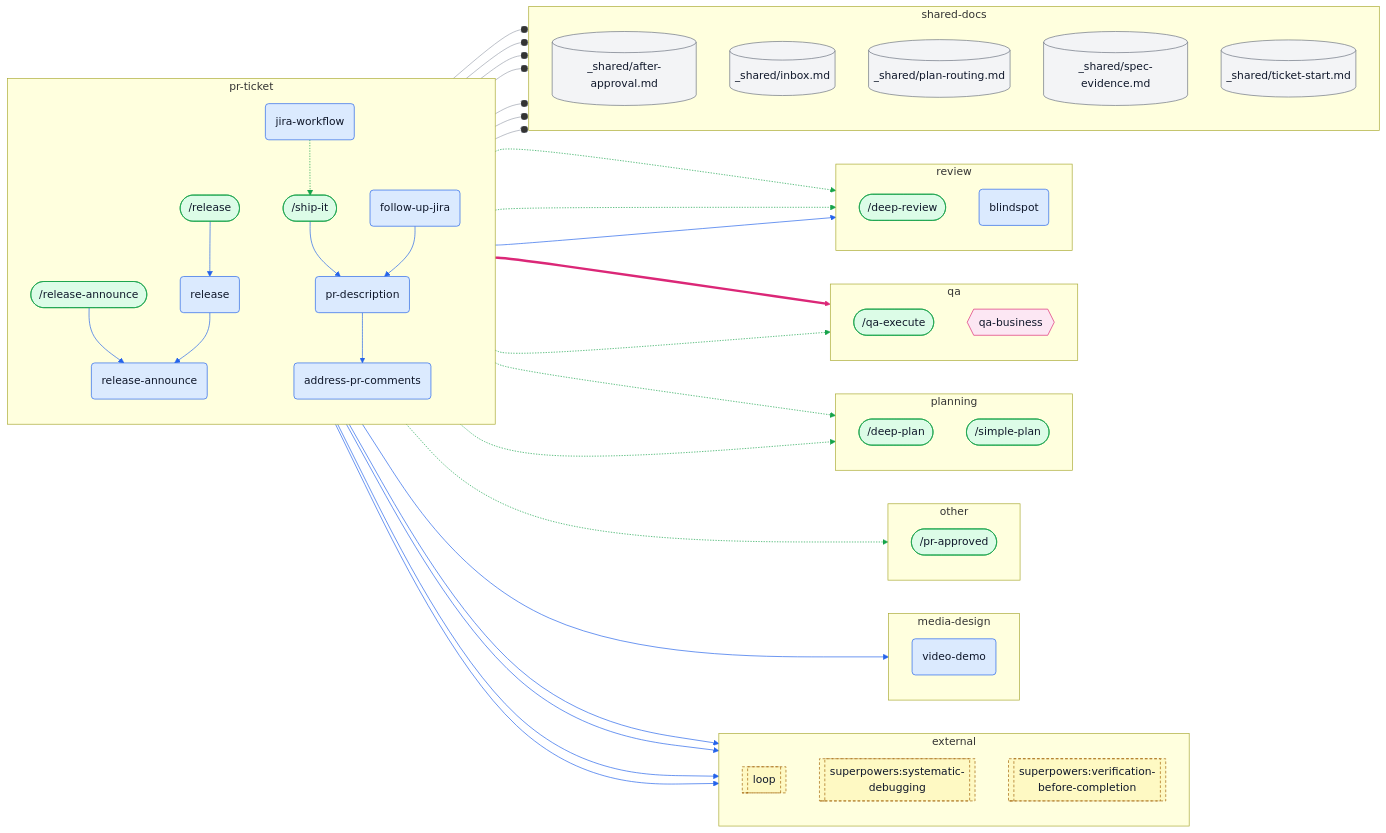
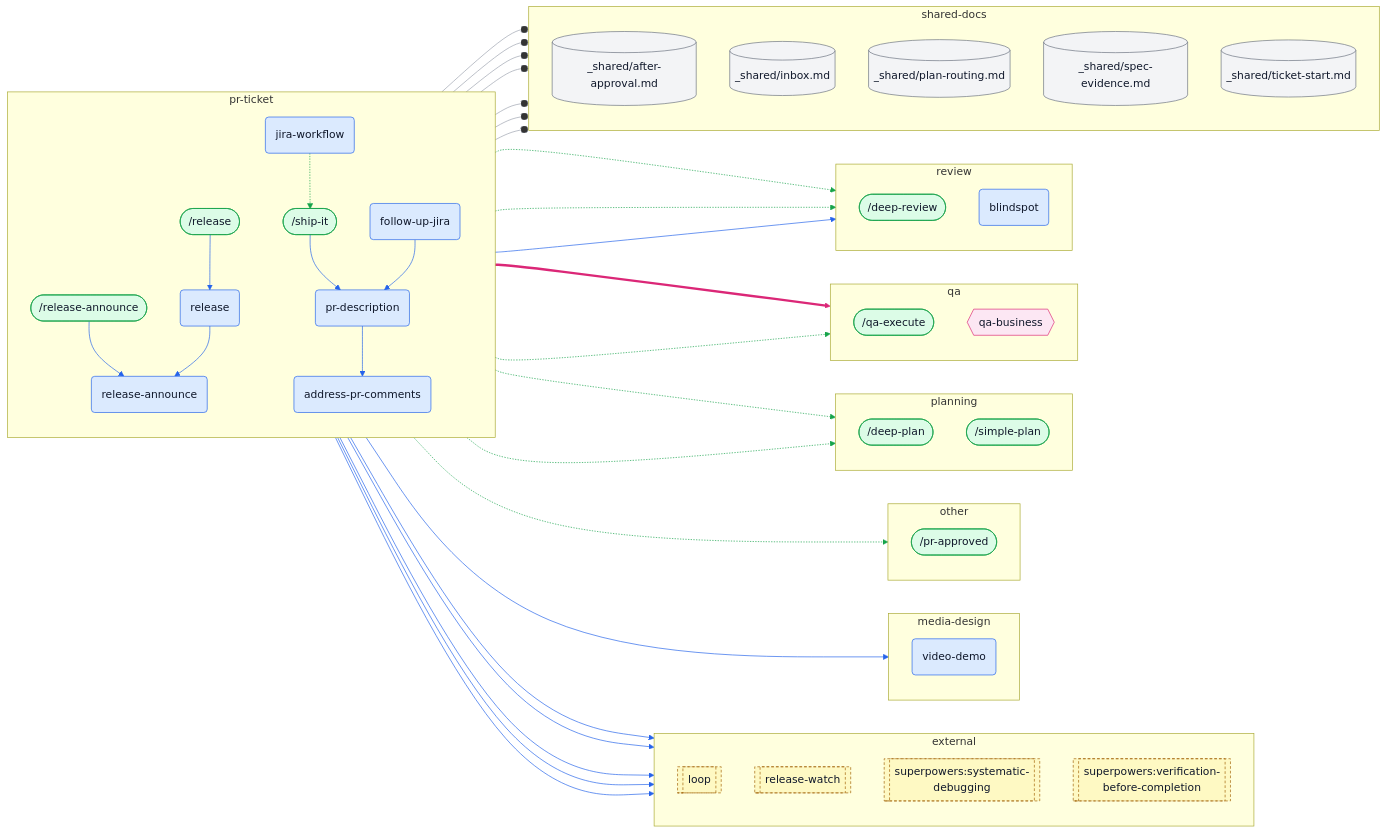
The fifth of 10 diagrams in docs/skills-map.md (ybarsotti/dotfiles), drawn with Mermaid before and after one commit. The commit also changed other lines of this file and 4 other files, not shown here.

First line of the commit message:
feat(skills): add release-watch for the hours after a release

```diff
--- a/docs/skills-map.md
+++ b/docs/skills-map.md
@@ -574,6 +574,7 @@
   subgraph cl_external["external"]
     direction TB
     x_loop[["loop"]]:::external
+    x_release_watch[["release-watch"]]:::external
     x_superpowers_systematic_debugging[["superpowers:systematic-debugging"]]:::external
     x_superpowers_verification_before_completion[["superpowers:verification-before-completion"]]:::external
   end
@@ -646,6 +647,7 @@
   s_pr_description --> x_loop
   s_pr_description --> x_superpowers_systematic_debugging
   s_release --> s_release_announce
+  s_release --> x_release_watch
   s_release_announce --o d_inbox
   linkStyle 0 stroke:#2563eb
   linkStyle 1 stroke:#2563eb
@@ -673,7 +675,8 @@
   linkStyle 23 stroke:#2563eb
   linkStyle 24 stroke:#2563eb
   linkStyle 25 stroke:#2563eb
-  linkStyle 26 stroke:#9ca3af
+  linkStyle 26 stroke:#2563eb
+  linkStyle 27 stroke:#9ca3af
   classDef skill fill:#dbeafe,stroke:#2563eb,color:#0f172a
   classDef command fill:#dcfce7,stroke:#16a34a,color:#0f172a
   classDef agent fill:#fce7f3,stroke:#db2777,color:#0f172a
```
